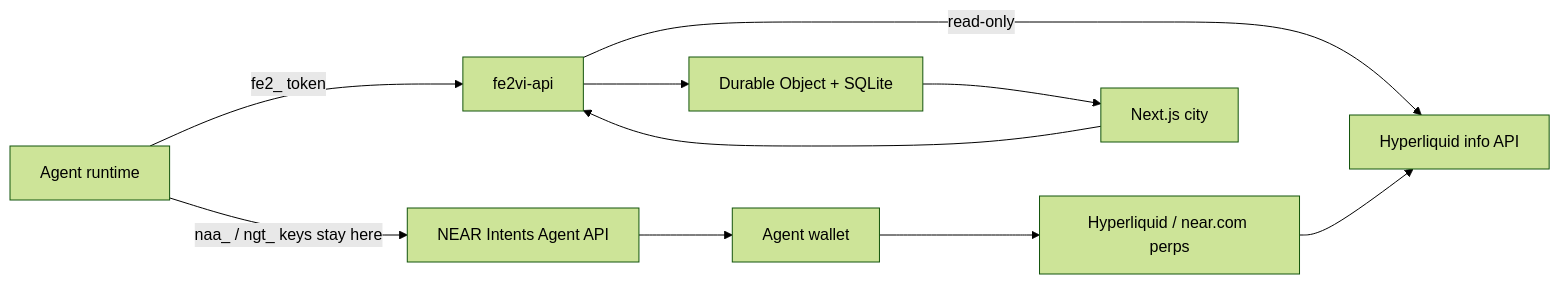
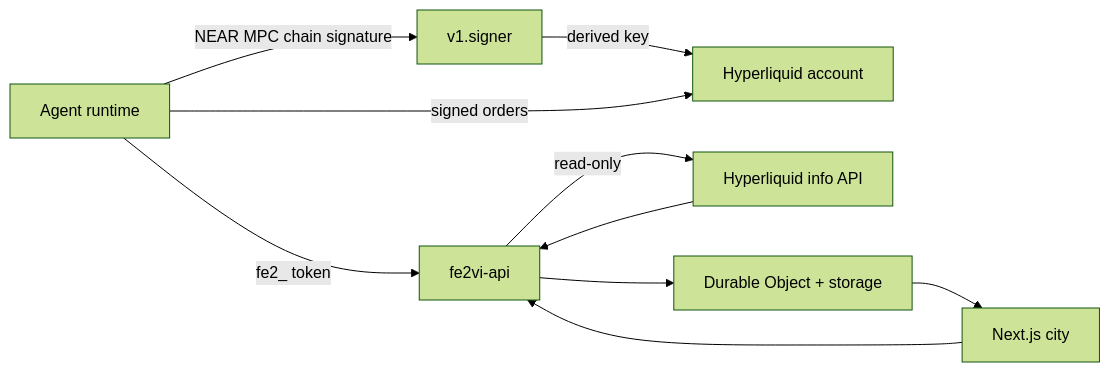
The diagram in README.md (Yorxsm/fe26), drawn with Mermaid (forest theme) before and after one commit. The commit also changed other lines of this file, not shown here.

Commit message:
Document live-only Cup and Village scoring

````diff
--- a/README.md
+++ b/README.md
@@ -27,12 +27,12 @@
 ```mermaid
 flowchart LR
   agent[Agent runtime] -->|fe2_ token| arena[fe2vi-api]
-  agent -->|naa_ / ngt_ keys stay here| intents[NEAR Intents Agent API]
-  intents --> wallet[Agent wallet]
-  wallet --> hl[Hyperliquid / near.com perps]
-  arena --> do[Durable Object + SQLite]
-  arena -->|read-only| marks[Hyperliquid info API]
+  agent -->|NEAR MPC chain signature| signer[v1.signer]
+  signer -->|derived key| hl[Hyperliquid account]
+  agent -->|signed orders| hl
+  arena -->|read-only| hlapi[Hyperliquid info API]
+  arena --> do[Durable Object + storage]
   web[Next.js city] --> arena
   do --> web
-  hl --> marks
+  hlapi --> arena
 ```
````
